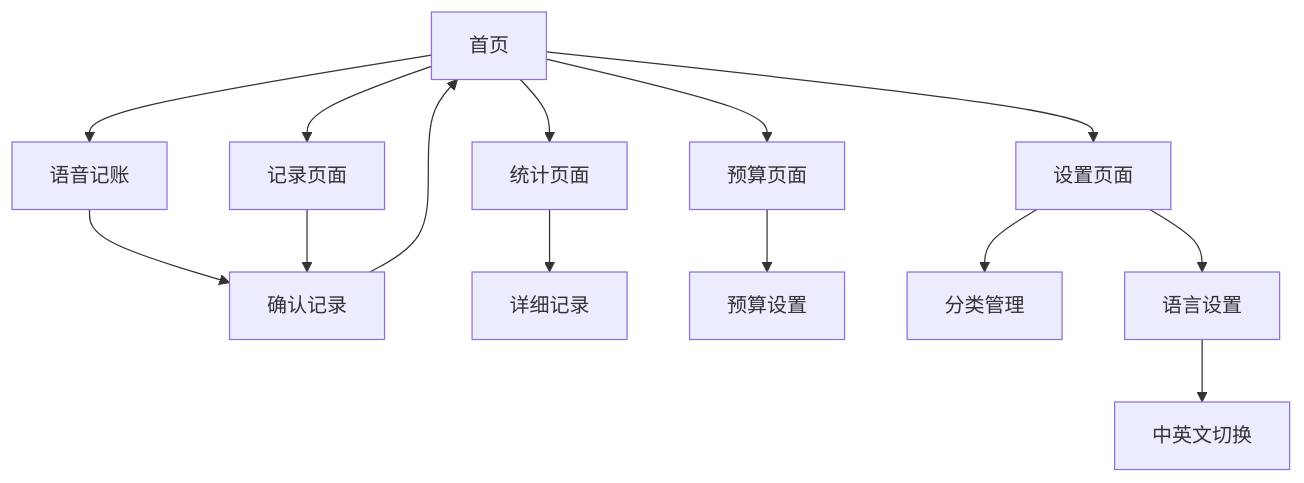
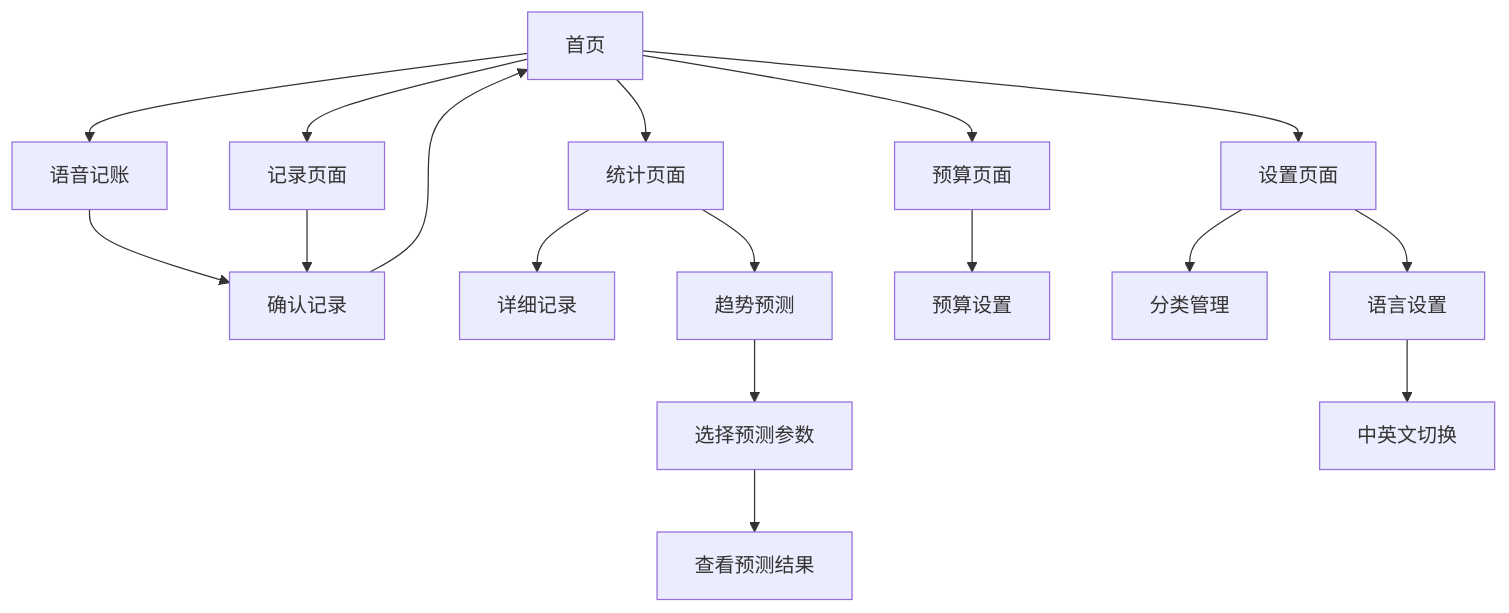
Before and after one commit to codeErrorSleep/simple-accounting: the diagram in .trae/documents/记个大概-产品需求文档.md, drawn with Mermaid. The commit also changed other lines of this file and 9 other files, not shown here.

````diff
--- a/.trae/documents/记个大概-产品需求文档.md
+++ b/.trae/documents/记个大概-产品需求文档.md
@@ -52,16 +59,19 @@
 ```mermaid
 graph TD
   A[首页] --> B[语音记账]
   A --> C[记录页面]
   A --> D[统计页面]
   A --> E[预算页面]
   A --> F[设置页面]
   B --> G[确认记录]
   C --> G
   G --> A
   D --> H[详细记录]
+  D --> M[趋势预测]
+  M --> N[选择预测参数]
+  N --> O[查看预测结果]
   E --> I[预算设置]
   F --> J[分类管理]
   F --> K[语言设置]
   K --> L[中英文切换]
 ```
````
